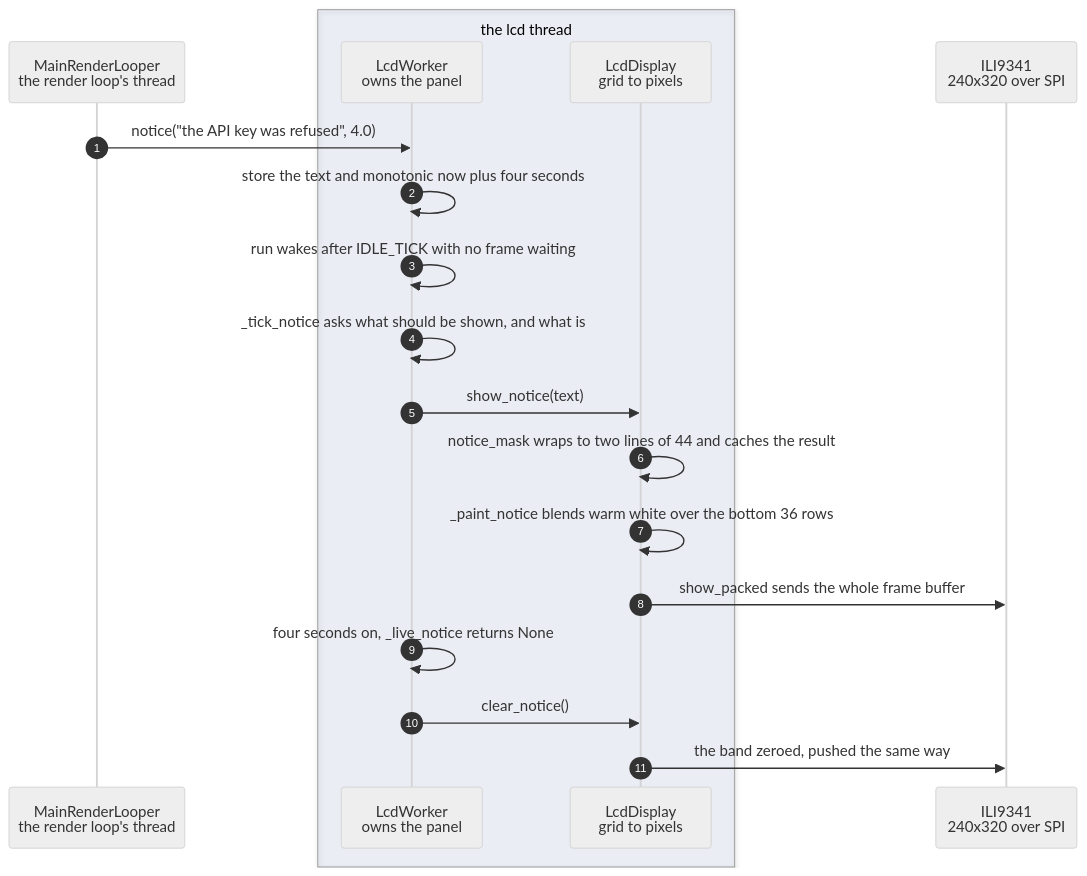
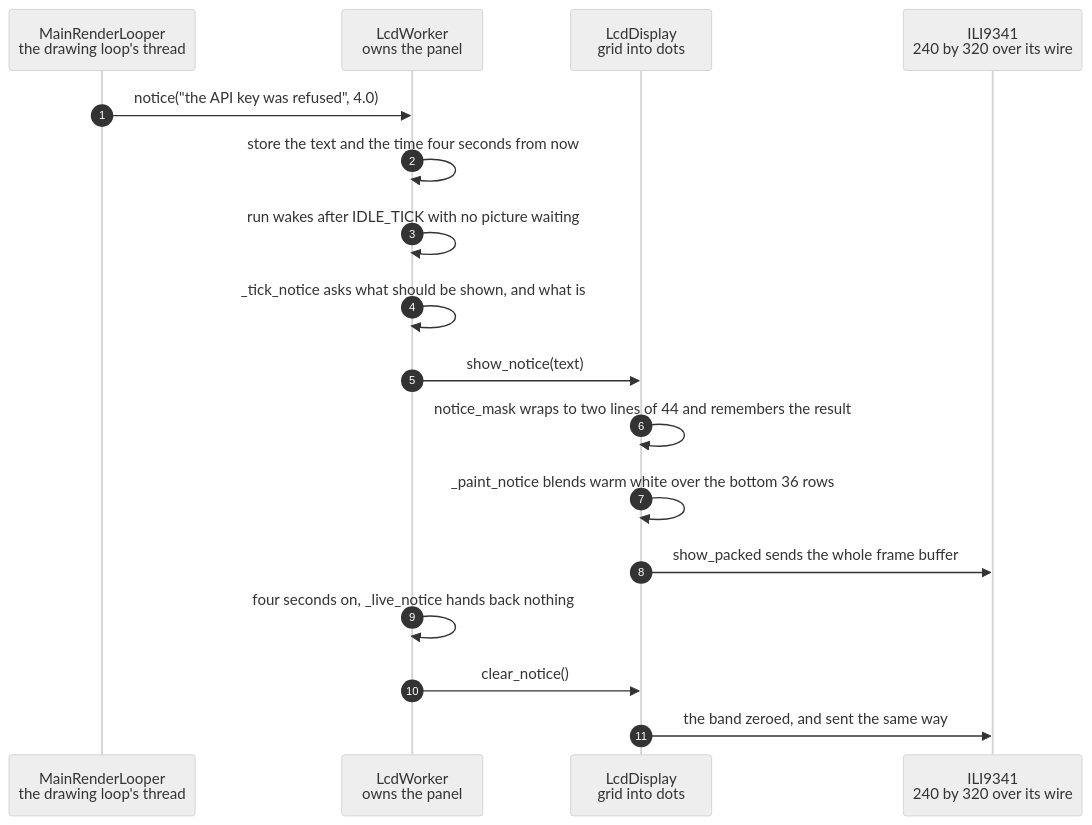
One commit to replicant1/AsciiArt-Pi changed the diagram in docs/scenarios/a-failure-notice-is-painted-over-the-picture-on-the-spi-panel.md. Above: the diagram before and after it, drawn with Mermaid (neutral theme). The commit also changed other lines of this file, not shown here.

First line of the commit message:
Rewrite the failure notice scenario

````diff
--- a/docs/scenarios/a-failure-notice-is-painted-over-the-picture-on-the-spi-panel.md
+++ b/docs/scenarios/a-failure-notice-is-painted-over-the-picture-on-the-spi-panel.md
@@ -55,22 +66,20 @@
 ```mermaid
 sequenceDiagram
     autonumber
-    participant Looper as MainRenderLooper<br/>the render loop's thread
-    box rgba(120,140,200,0.10) the lcd thread
+    participant Looper as MainRenderLooper<br/>the drawing loop's thread
     participant W as LcdWorker<br/>owns the panel
-    participant D as LcdDisplay<br/>grid to pixels
-    end
-    participant P as ILI9341<br/>240x320 over SPI
+    participant D as LcdDisplay<br/>grid into dots
+    participant P as ILI9341<br/>240 by 320 over its wire
 
     Looper->>W: notice("the API key was refused", 4.0)
-    W->>W: store the text and monotonic now plus four seconds
-    W->>W: run wakes after IDLE_TICK with no frame waiting
+    W->>W: store the text and the time four seconds from now
+    W->>W: run wakes after IDLE_TICK with no picture waiting
     W->>W: _tick_notice asks what should be shown, and what is
     W->>D: show_notice(text)
-    D->>D: notice_mask wraps to two lines of 44 and caches the result
+    D->>D: notice_mask wraps to two lines of 44 and remembers the result
     D->>D: _paint_notice blends warm white over the bottom 36 rows
     D->>P: show_packed sends the whole frame buffer
-    W->>W: four seconds on, _live_notice returns None
+    W->>W: four seconds on, _live_notice hands back nothing
     W->>D: clear_notice()
-    D->>P: the band zeroed, pushed the same way
+    D->>P: the band zeroed, and sent the same way
 ```
````
